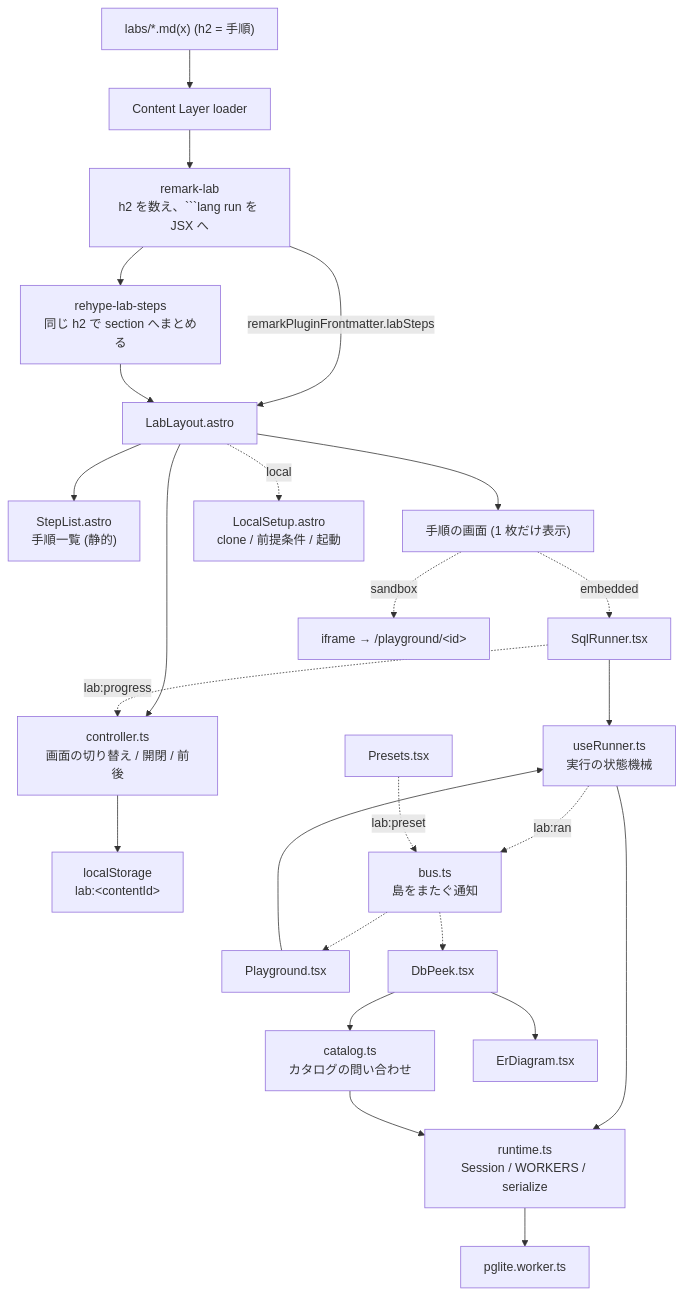
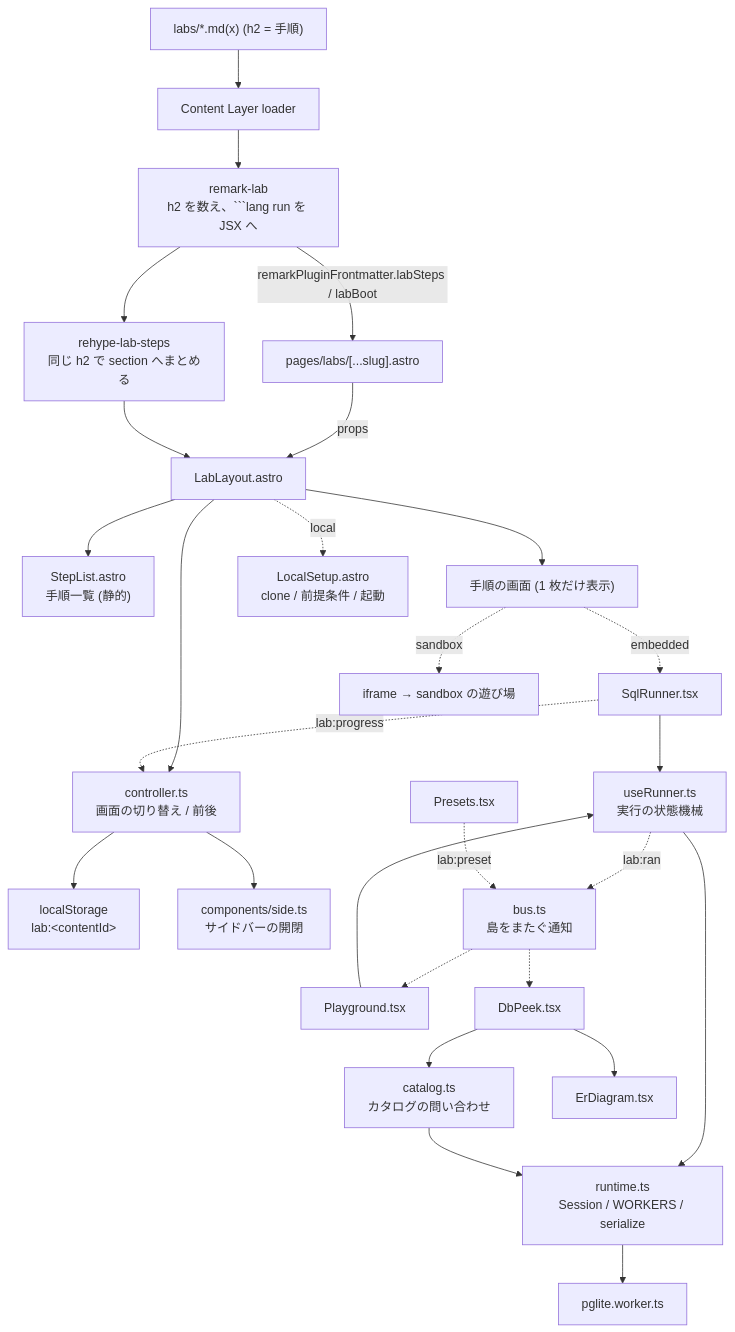
The second of 2 diagrams in apps/web/src/features/lab/DesignDoc.md (Fukuemon/fukuemon.dev), drawn with Mermaid before and after one commit. The commit also changed other lines of this file and 4 other files, not shown here.

`````diff
--- a/apps/web/src/features/lab/DesignDoc.md
+++ b/apps/web/src/features/lab/DesignDoc.md
@@ -311,27 +318,29 @@
 ````mermaid
 flowchart TD
     md["labs/*.md(x) (h2 = 手順)"] --> loader["Content Layer loader"]
     loader --> remark["remark-lab<br/>h2 を数え、```lang run を JSX へ"]
-    remark -->|"remarkPluginFrontmatter.labSteps"| layout["LabLayout.astro"]
+    remark -->|"remarkPluginFrontmatter.labSteps / labBoot"| page["pages/labs/[...slug].astro"]
+    page -->|"props"| layout["LabLayout.astro"]
     remark --> rehype["rehype-lab-steps<br/>同じ h2 で section へまとめる"]
     rehype --> layout
     layout --> list["StepList.astro<br/>手順一覧 (静的)"]
-    layout --> ctl["controller.ts<br/>画面の切り替え / 開閉 / 前後"]
+    layout --> ctl["controller.ts<br/>画面の切り替え / 前後"]
     ctl --> ls["localStorage<br/>lab:&lt;contentId&gt;"]
+    ctl --> side["components/side.ts<br/>サイドバーの開閉"]
     layout --> body["手順の画面 (1 枚だけ表示)"]
     body -.->|"embedded"| runner["SqlRunner.tsx"]
     pg["Playground.tsx"] --> hook
     runner --> hook["useRunner.ts<br/>実行の状態機械"]
     hook --> rt["runtime.ts<br/>Session / WORKERS / serialize"]
     rt --> w["pglite.worker.ts"]
     hook -.->|"lab:ran"| bus["bus.ts<br/>島をまたぐ通知"]
     runner -.->|"lab:progress"| ctl
     preset["Presets.tsx"] -.->|"lab:preset"| bus
     bus -.-> pg
     bus -.-> peek["DbPeek.tsx"]
     peek --> cat["catalog.ts<br/>カタログの問い合わせ"]
     cat --> rt
     peek --> er["ErDiagram.tsx"]
-    body -.->|"sandbox"| frame["iframe → /playground/&lt;id&gt;"]
+    body -.->|"sandbox"| frame["iframe → sandbox の遊び場"]
     layout -.->|"local"| setup["LocalSetup.astro<br/>clone / 前提条件 / 起動"]
 ````
`````
